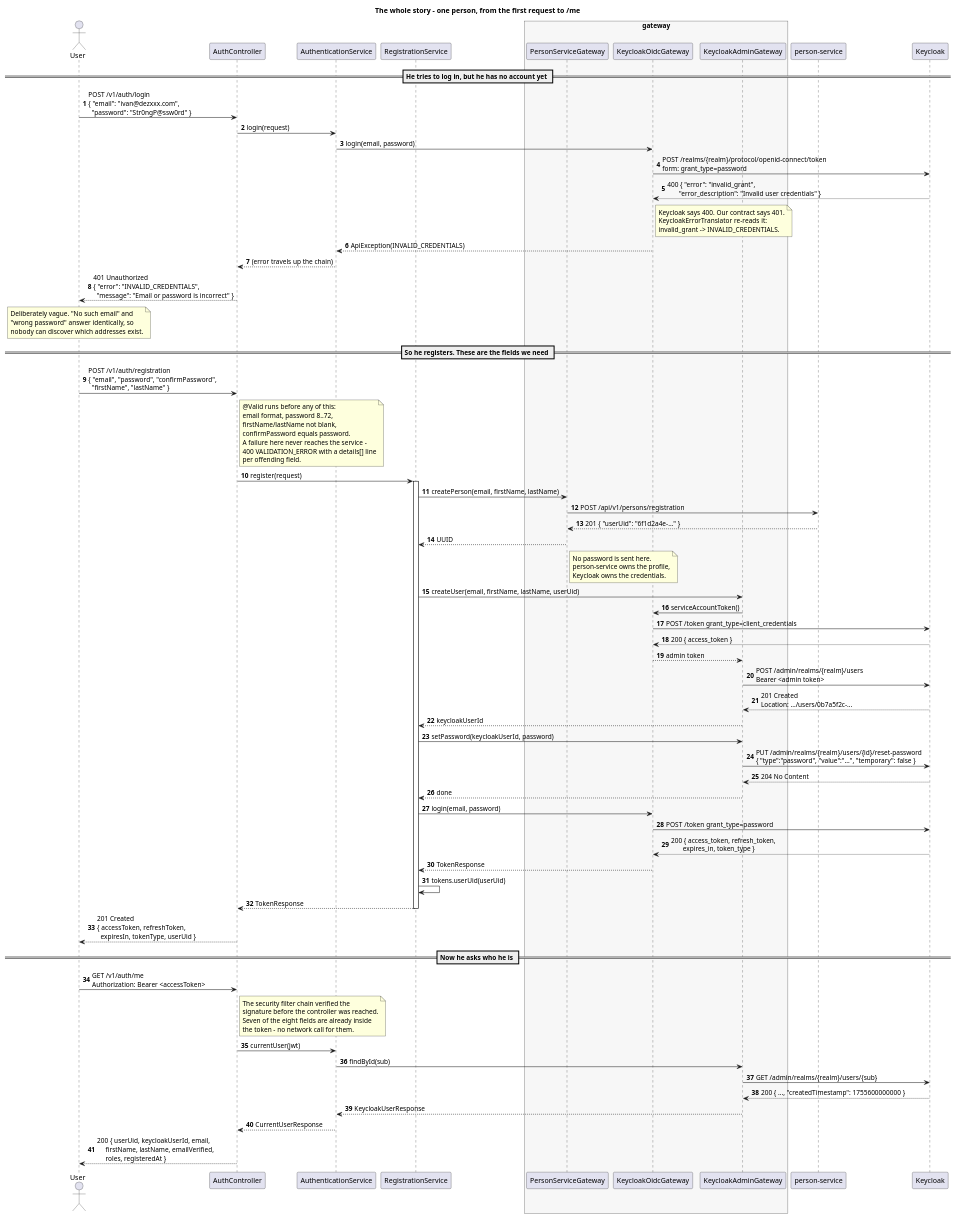
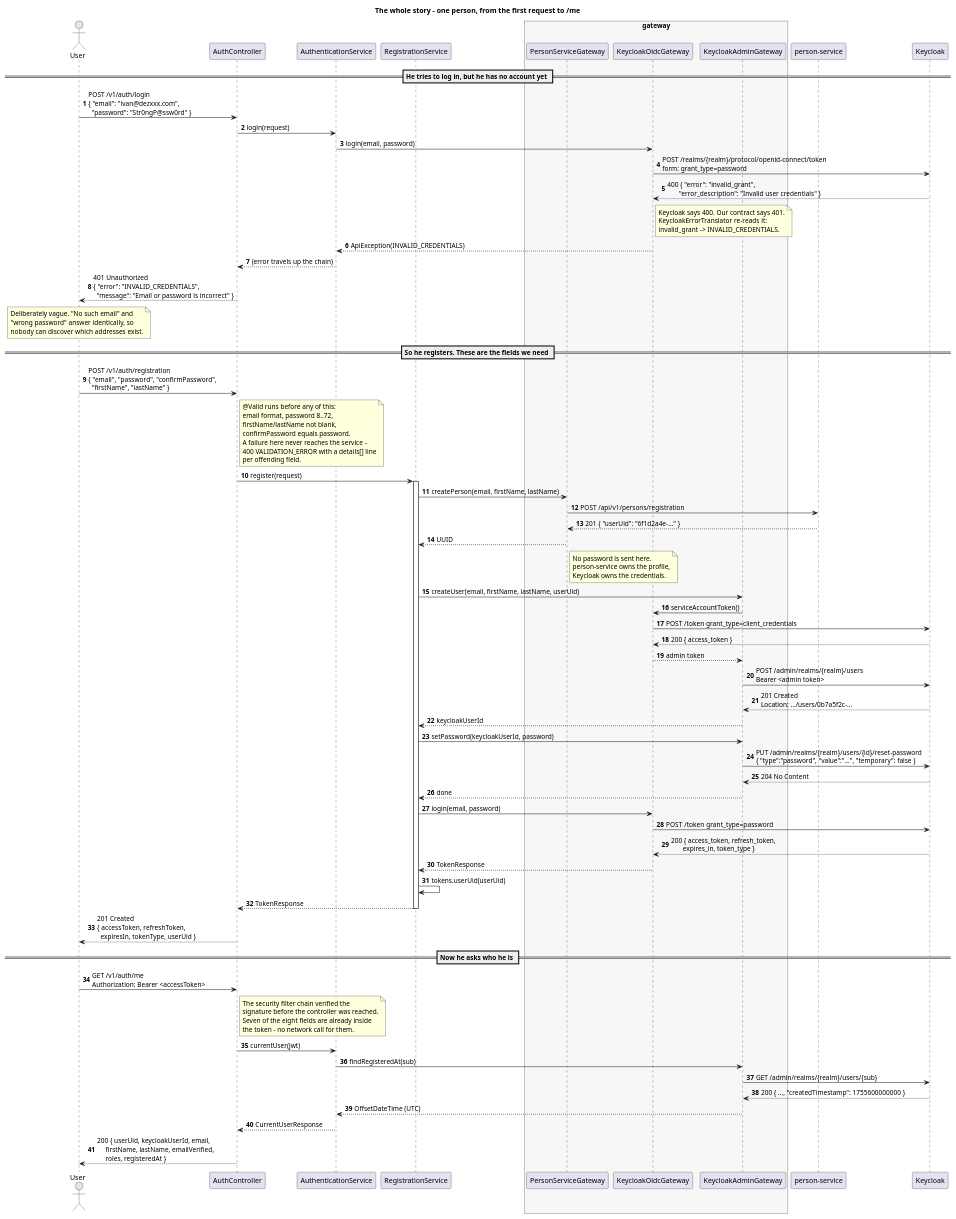
Before and after one commit to dezxxx/payment-platform: the first of 4 diagrams in docs/gateway-flow.puml, drawn with PlantUML. The commit also changed other lines of this file and 12 other files, not shown here.

```diff
--- a/docs/gateway-flow.puml
+++ b/docs/gateway-flow.puml
@@ -1,113 +1,113 @@
 @startuml user-journey
 title The whole story - one person, from the first request to /me
 
 skinparam shadowing false
 autonumber
 
 actor "User" as U
 participant "AuthController" as Ctl
 participant "AuthenticationService" as Auth
 participant "RegistrationService" as Reg
 box "gateway" #F7F7F7
   participant "PersonServiceGateway" as PG
   participant "KeycloakOidcGateway" as OG
   participant "KeycloakAdminGateway" as AG
 end box
 participant "person-service" as PS
 participant "Keycloak" as KC
 
 == He tries to log in, but he has no account yet ==
 
 U -> Ctl : POST /v1/auth/login\n{ "email": "ivan@dezxxx.com",\n  "password": "Str0ngP@ssw0rd" }
 Ctl -> Auth : login(request)
 Auth -> OG : login(email, password)
 OG -> KC : POST /realms/{realm}/protocol/openid-connect/token\nform: grant_type=password
 KC --> OG : 400 { "error": "invalid_grant",\n       "error_description": "Invalid user credentials" }
 
 note right of OG
   Keycloak says 400. Our contract says 401.
   KeycloakErrorTranslator re-reads it:
   invalid_grant -> INVALID_CREDENTIALS.
 end note
 
 OG --> Auth : ApiException(INVALID_CREDENTIALS)
 Auth --> Ctl : (error travels up the chain)
 Ctl --> U : 401 Unauthorized\n{ "error": "INVALID_CREDENTIALS",\n  "message": "Email or password is incorrect" }
 
 note over U
   Deliberately vague. "No such email" and
   "wrong password" answer identically, so
   nobody can discover which addresses exist.
 end note
 
 == So he registers. These are the fields we need ==
 
 U -> Ctl : POST /v1/auth/registration\n{ "email", "password", "confirmPassword",\n  "firstName", "lastName" }
 
 note right of Ctl
   @Valid runs before any of this:
   email format, password 8..72,
   firstName/lastName not blank,
   confirmPassword equals password.
   A failure here never reaches the service -
   400 VALIDATION_ERROR with a details[] line
   per offending field.
 end note
 
 Ctl -> Reg : register(request)
 activate Reg
 
 Reg -> PG : createPerson(email, firstName, lastName)
 PG -> PS : POST /api/v1/persons/registration
 PS --> PG : 201 { "userUid": "6f1d2a4e-..." }
 PG --> Reg : UUID
 note right of PG
   No password is sent here.
   person-service owns the profile,
   Keycloak owns the credentials.
 end note
 
 Reg -> AG : createUser(email, firstName, lastName, userUid)
 AG -> OG : serviceAccountToken()
 OG -> KC : POST /token  grant_type=client_credentials
 KC --> OG : 200 { access_token }
 OG --> AG : admin token
 AG -> KC : POST /admin/realms/{realm}/users\nBearer <admin token>
 KC --> AG : 201 Created\nLocation: .../users/0b7a5f2c-...
 AG --> Reg : keycloakUserId
 
 Reg -> AG : setPassword(keycloakUserId, password)
 AG -> KC : PUT /admin/realms/{realm}/users/{id}/reset-password\n{ "type":"password", "value":"...", "temporary": false }
 KC --> AG : 204 No Content
 AG --> Reg : done
 
 Reg -> OG : login(email, password)
 OG -> KC : POST /token  grant_type=password
 KC --> OG : 200 { access_token, refresh_token,\n       expires_in, token_type }
 OG --> Reg : TokenResponse
 Reg -> Reg : tokens.userUid(userUid)
 Reg --> Ctl : TokenResponse
 deactivate Reg
 
 Ctl --> U : 201 Created\n{ accessToken, refreshToken,\n  expiresIn, tokenType, userUid }
 
 == Now he asks who he is ==
 
 U -> Ctl : GET /v1/auth/me\nAuthorization: Bearer <accessToken>
 
 note right of Ctl
   The security filter chain verified the
   signature before the controller was reached.
   Seven of the eight fields are already inside
   the token - no network call for them.
 end note
 
 Ctl -> Auth : currentUser(jwt)
-Auth -> AG : findById(sub)
+Auth -> AG : findRegisteredAt(sub)
 AG -> KC : GET /admin/realms/{realm}/users/{sub}
 KC --> AG : 200 { ..., "createdTimestamp": 1755600000000 }
-AG --> Auth : KeycloakUserResponse
+AG --> Auth : OffsetDateTime (UTC)
 Auth --> Ctl : CurrentUserResponse
 Ctl --> U : 200 { userUid, keycloakUserId, email,\n     firstName, lastName, emailVerified,\n     roles, registeredAt }
 
 @enduml
```
